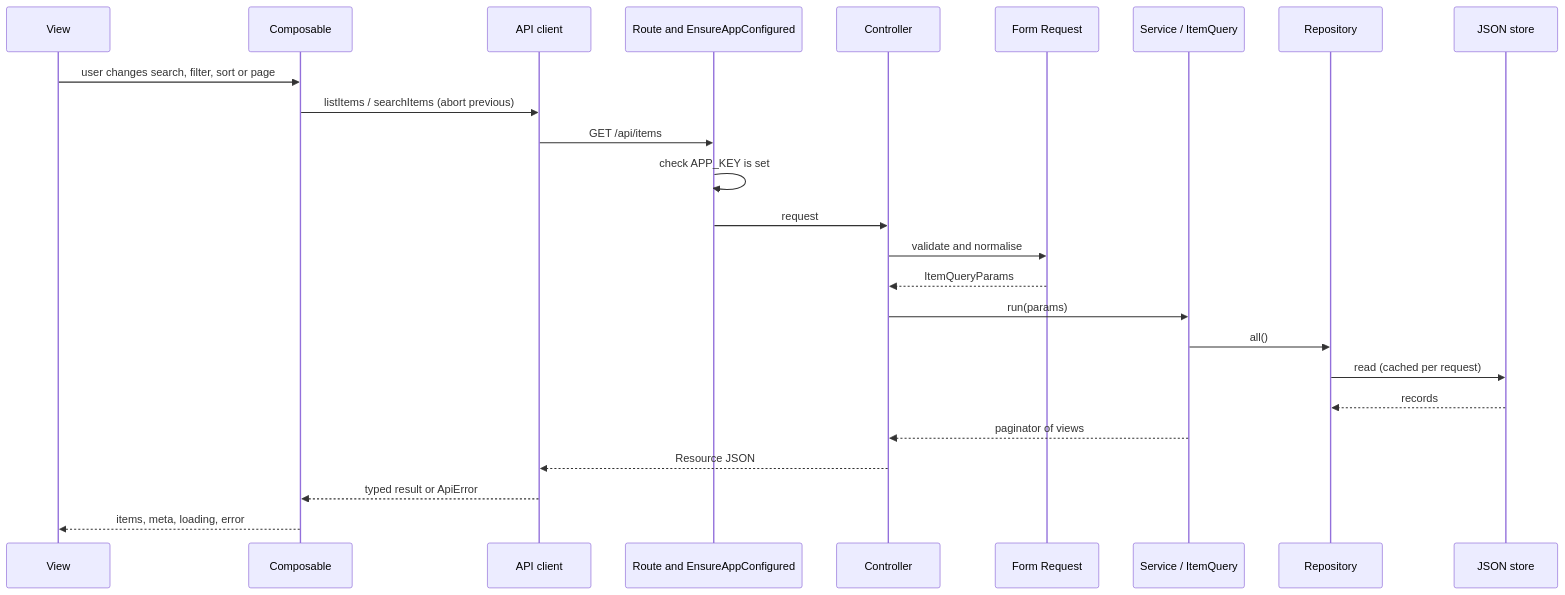
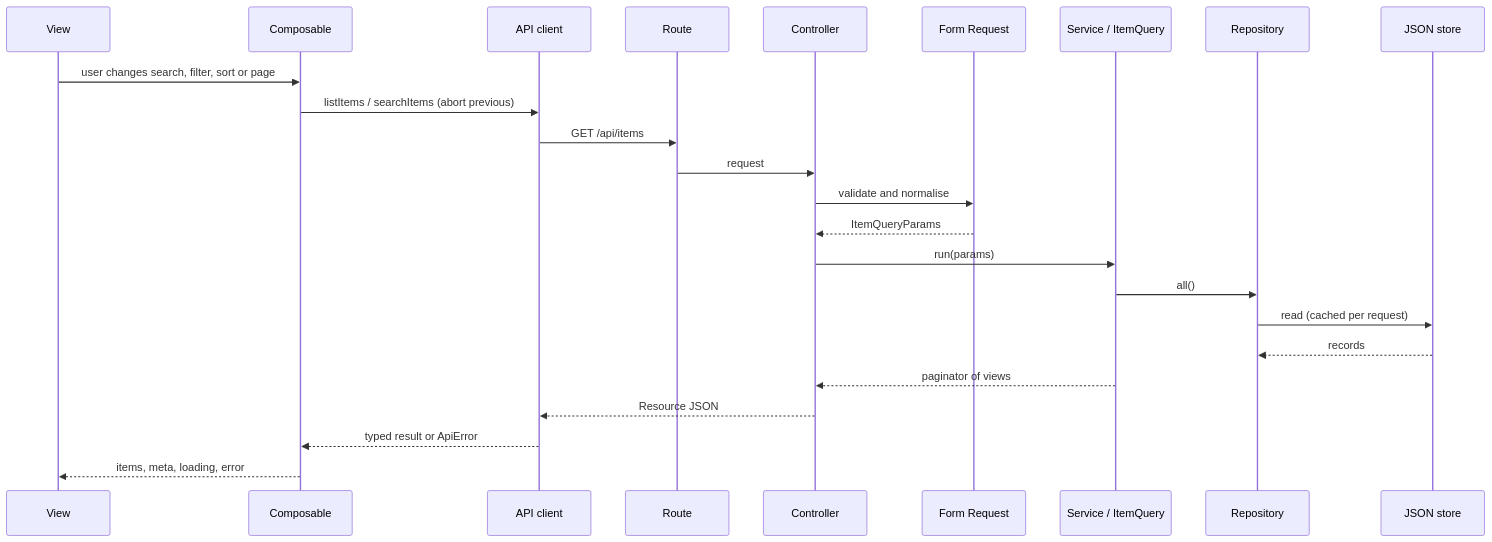
One commit to Hillelman/brainpop-assignment changed the first of 2 diagrams in docs/architecture.md. Above: the diagram before and after it, drawn with Mermaid. The commit also changed other lines of this file and 9 other files, not shown here.

````diff
--- a/docs/architecture.md
+++ b/docs/architecture.md
@@ -14,28 +14,27 @@
 ```mermaid
 sequenceDiagram
     participant V as View
     participant C as Composable
     participant A as API client
-    participant R as Route and EnsureAppConfigured
+    participant R as Route
     participant K as Controller
     participant F as Form Request
     participant S as Service / ItemQuery
     participant P as Repository
     participant J as JSON store
 
     V->>C: user changes search, filter, sort or page
     C->>A: listItems / searchItems (abort previous)
     A->>R: GET /api/items
-    R->>R: check APP_KEY is set
     R->>K: request
     K->>F: validate and normalise
     F-->>K: ItemQueryParams
     K->>S: run(params)
     S->>P: all()
     P->>J: read (cached per request)
     J-->>P: records
     S-->>K: paginator of views
     K-->>A: Resource JSON
     A-->>C: typed result or ApiError
     C-->>V: items, meta, loading, error
 ```
````
